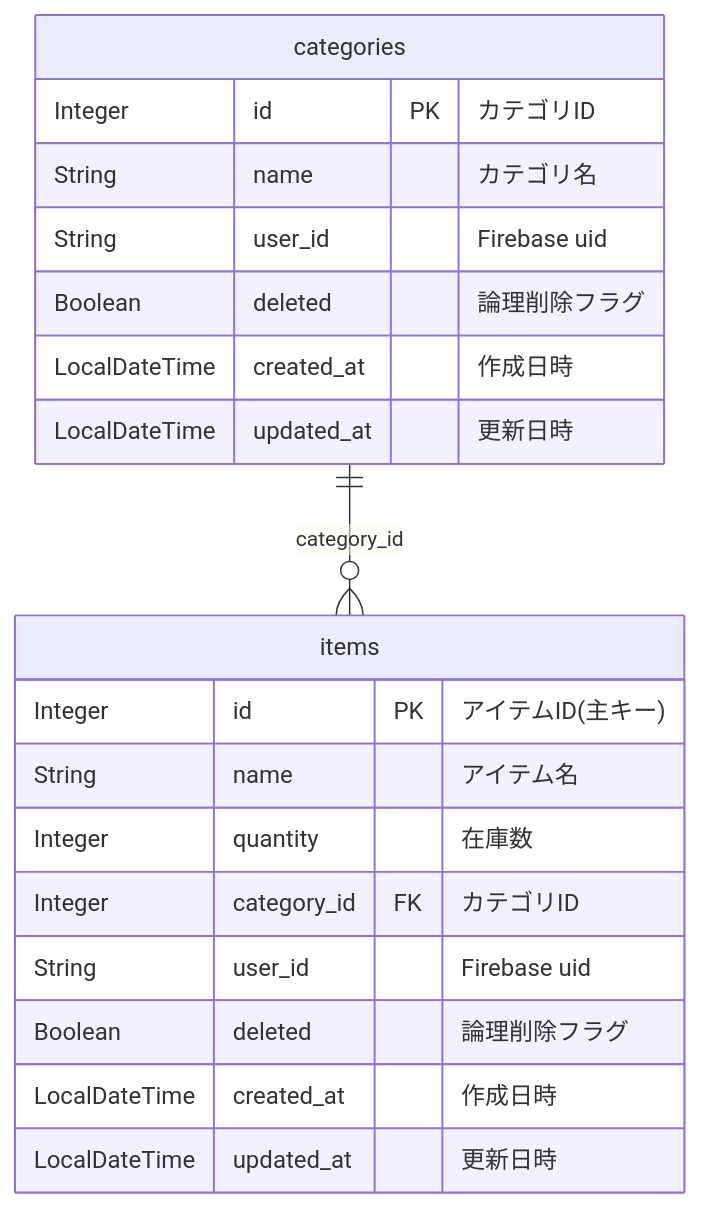
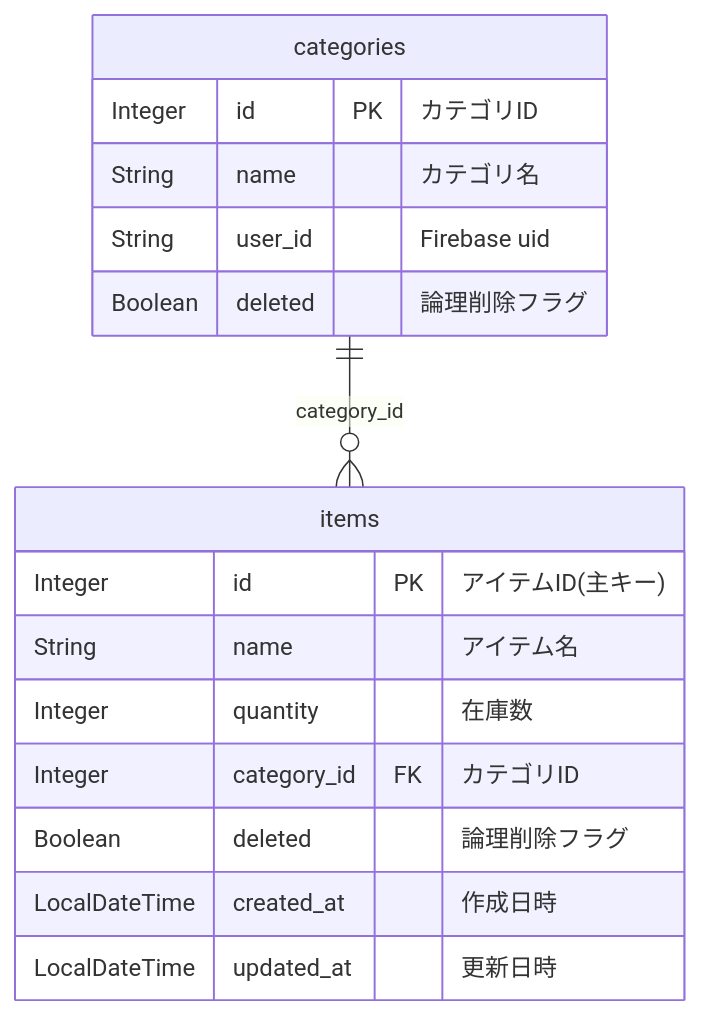
Before and after one commit to miki-hayashi-71/inventory-api: the diagram in doc/er.md, drawn with Mermaid.

Commit message:
docs: Update ER diagram based on review feedback

````diff
--- a/doc/er.md
+++ b/doc/er.md
@@ -4,25 +4,22 @@
 ```mermaid
 erDiagram
 
 categories {
     Integer id PK "カテゴリID"
     String name "カテゴリ名"
     String user_id "Firebase uid"
     Boolean deleted "論理削除フラグ"
-    LocalDateTime  created_at "作成日時"
-    LocalDateTime updated_at "更新日時"
 }
 
 items {
     Integer id PK "アイテムID(主キー)"
     String name "アイテム名"
     Integer quantity "在庫数"
     Integer category_id FK "カテゴリID"
-    String user_id "Firebase uid"
     Boolean deleted "論理削除フラグ"
     LocalDateTime created_at "作成日時"
     LocalDateTime updated_at "更新日時"
 }
 
 categories || --o{ items : category_id
 ```
````
